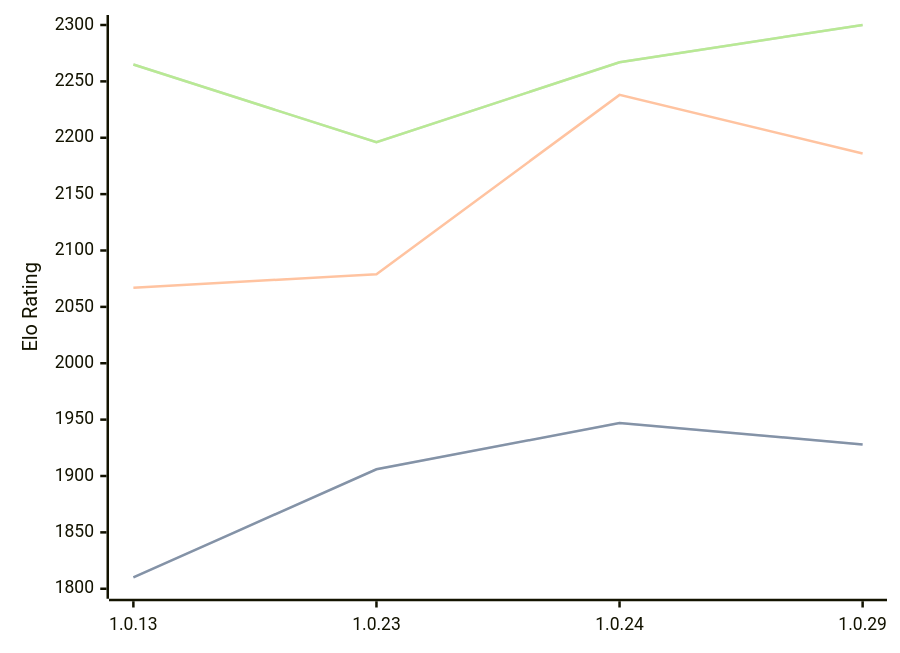
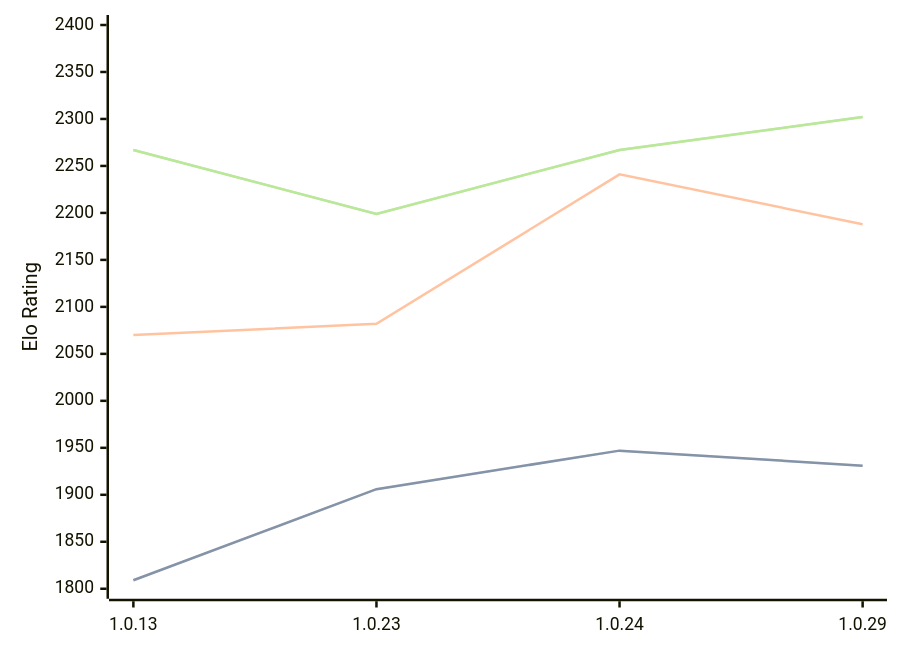
One commit to computer-chess-index/cci changed the diagram in engines/RustyRival.md. Above: the diagram before and after it, drawn with Mermaid. The commit also changed other lines of this file, not shown here.

Commit message:
Update CCI Ratings (ELO VLTC) - 2026-03-29

````diff
--- a/engines/RustyRival.md
+++ b/engines/RustyRival.md
@@ -62,11 +63,11 @@
 ```mermaid
 %%{init: {"theme":"base","themeVariables":{"seriesColors:['#a3a3a3','#222221','#faa371']}}}%%
 xychart-beta
   x-axis ["1.0.13", "1.0.23", "1.0.24", "1.0.29"]
-  y-axis "Elo Rating" 1800 --> 2300
-  line "STC (8.0+0.08s)" [1810, 1906, 1947, 1928]
-  line "STC (8.0+0.08s)" [1810, 1906, 1947, 1928]
-  line "LTC (60.0+0.60s)" [2067, 2079, 2238, 2186]
-  line "VLTC (2m24s+1.12s)" [2265, 2196, 2267, 2300]
-  line "VLTC (2m24s+1.12s)" [2265, 2196, 2267, 2300]
+  y-axis "Elo Rating" 1800 --> 2400
+  line "STC (8.0+0.08s)" [1809, 1906, 1947, 1931]
+  line "STC (8.0+0.08s)" [1809, 1906, 1947, 1931]
+  line "LTC (60.0+0.60s)" [2070, 2082, 2241, 2188]
+  line "VLTC (2m24s+1.12s)" [2267, 2199, 2267, 2302]
+  line "VLTC (2m24s+1.12s)" [2267, 2199, 2267, 2302]
 ```
````
